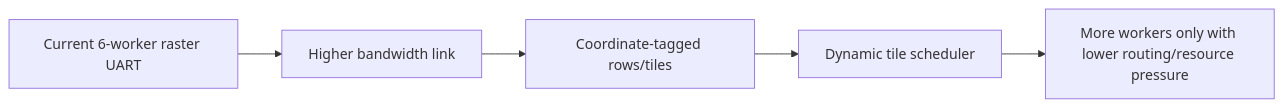
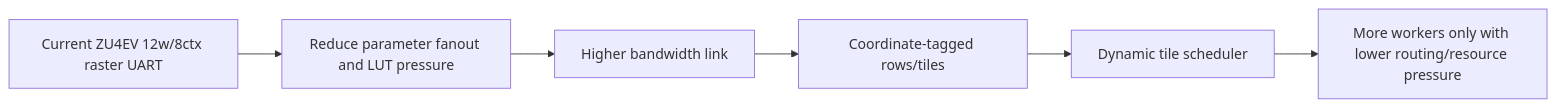
Before and after one commit to RESBI/FPGA-Mandelbrot-Demo: the seventh of 7 diagrams in doc/ARCHITECTURE_EVOLUTION_REPORT.md, drawn with Mermaid. The commit also changed other lines of this file and 35 other files, not shown here.

````diff
--- a/doc/ARCHITECTURE_EVOLUTION_REPORT.md
+++ b/doc/ARCHITECTURE_EVOLUTION_REPORT.md
@@ -816,7 +930,8 @@
 ```mermaid
 flowchart LR
-    NOW[Current 6-worker raster UART] --> LINK[Higher bandwidth link]
+    NOW[Current ZU4EV 12w/8ctx raster UART] --> FANOUT[Reduce parameter fanout and LUT pressure]
+    FANOUT --> LINK[Higher bandwidth link]
     LINK --> PROTO[Coordinate-tagged rows/tiles]
     PROTO --> SCHED[Dynamic tile scheduler]
     SCHED --> CORES[More workers only with lower routing/resource pressure]
 ```
````
